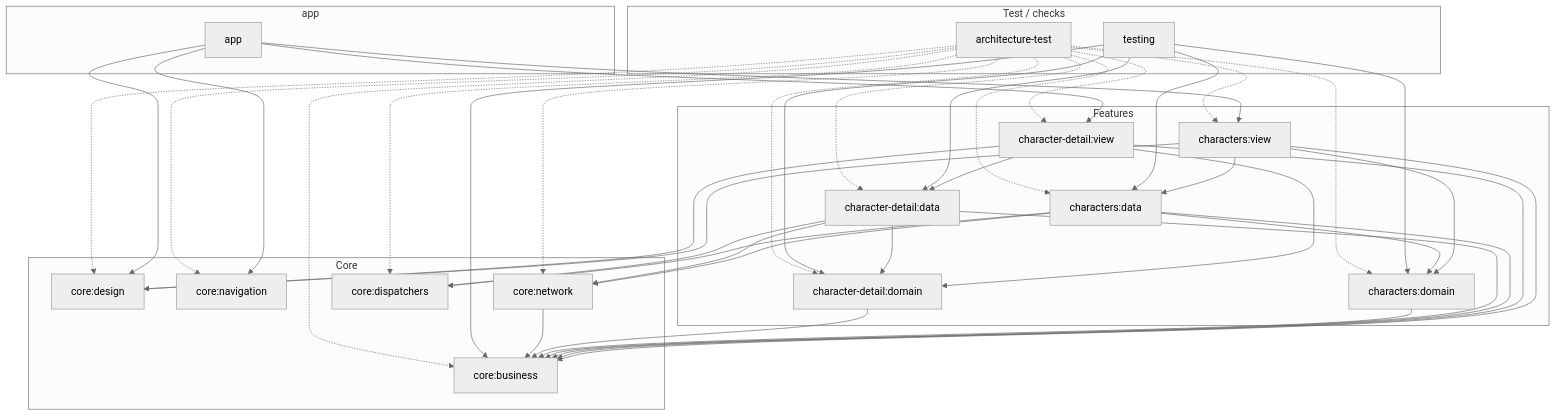
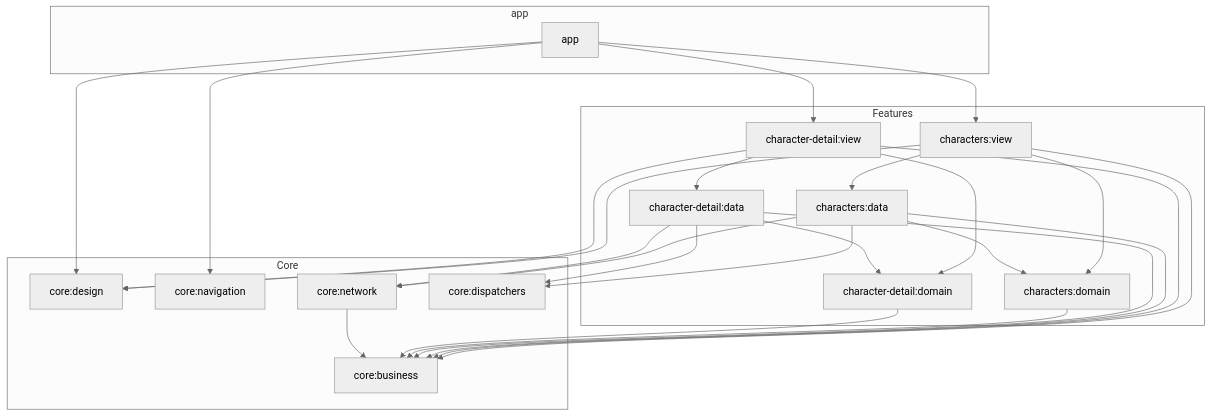
One commit to haldny/DragonBall-Compose changed the first of 2 diagrams in README.md. Above: the diagram before and after it, drawn with Mermaid (neutral theme). The commit also changed other lines of this file, not shown here.

````diff
--- a/README.md
+++ b/README.md
@@ -40,76 +42,53 @@
 ```mermaid
 flowchart TB
   subgraph app_mod["app"]
     APP[app]
   end
 
   subgraph features["Features"]
     CV[characters:view]
     CDV[character-detail:view]
     CDATA[characters:data]
     CDOMAIN[characters:domain]
     DDATA[character-detail:data]
     DDOMAIN[character-detail:domain]
   end
 
   subgraph core["Core"]
     DESIGN[core:design]
     NAV[core:navigation]
     NET[core:network]
     BUS[core:business]
     DISP[core:dispatchers]
-  end
-
-  subgraph support["Test / checks"]
-    TESTING[testing]
-    ARCH[architecture-test]
   end
 
   APP --> DESIGN
   APP --> NAV
   APP --> CV
   APP --> CDV
 
   CV --> DESIGN
   CV --> BUS
   CV --> CDATA
   CV --> CDOMAIN
 
   CDV --> DESIGN
   CDV --> BUS
   CDV --> DDATA
   CDV --> DDOMAIN
 
   CDATA --> DISP
   CDATA --> BUS
   CDATA --> NET
   CDATA --> CDOMAIN
 
   DDATA --> DISP
   DDATA --> BUS
   DDATA --> NET
   DDATA --> DDOMAIN
 
   CDOMAIN --> BUS
   DDOMAIN --> BUS
 
   NET --> BUS
-
-  TESTING --> BUS
-  TESTING --> CDOMAIN
-  TESTING --> DDOMAIN
-  TESTING --> CDATA
-  TESTING --> DDATA
-
-  ARCH -.-> DESIGN
-  ARCH -.-> NAV
-  ARCH -.-> NET
-  ARCH -.-> DISP
-  ARCH -.-> CV
-  ARCH -.-> CDV
-  ARCH -.-> CDATA
-  ARCH -.-> DDATA
-  ARCH -.-> CDOMAIN
-  ARCH -.-> DDOMAIN
-  ARCH -.-> BUS
 ```
````
